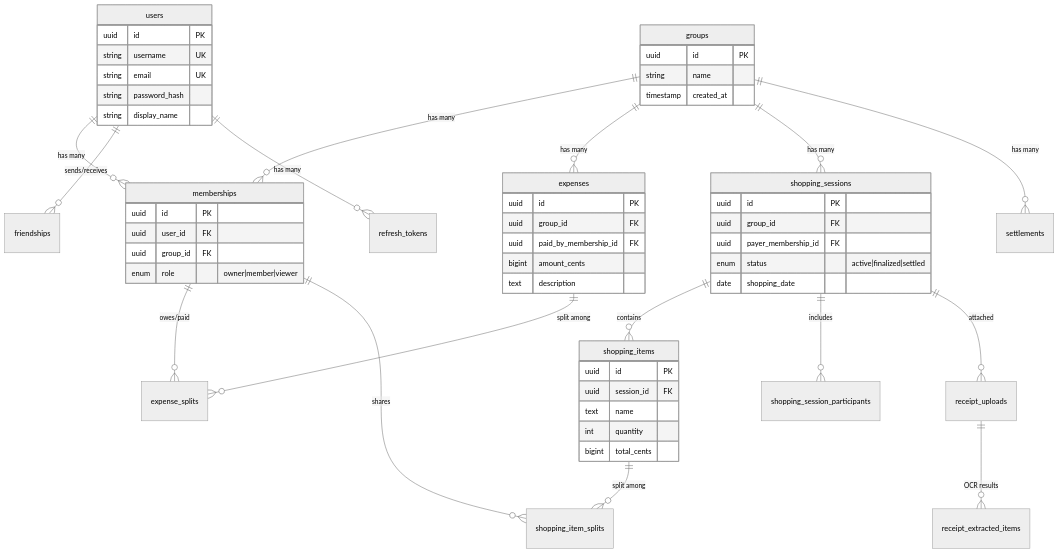
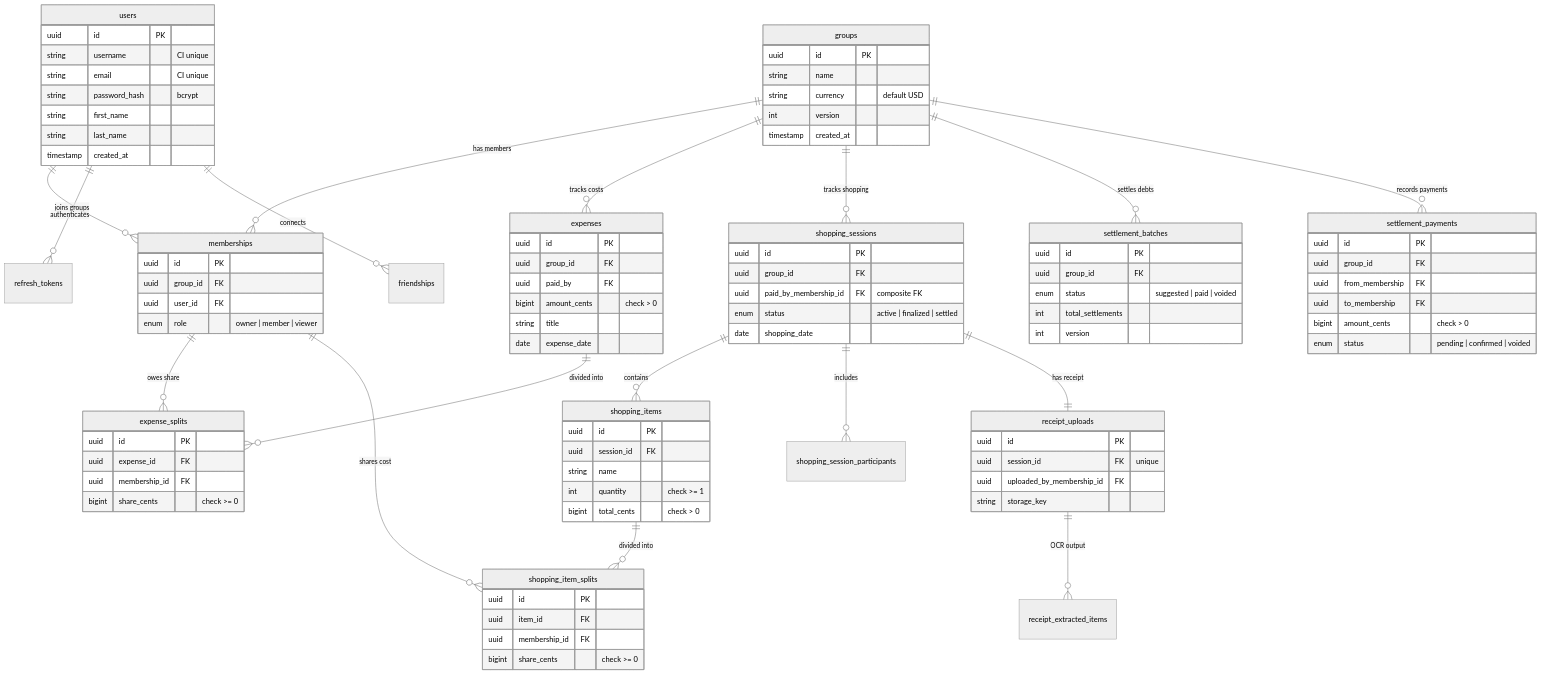
One commit to yslim-030622/ClearSplit changed the second of 3 diagrams in README.md. Above: the diagram before and after it, drawn with Mermaid (neutral theme). The commit also changed other lines of this file, not shown here.

Commit message:
docs: update README with improved diagrams

````diff
--- a/README.md
+++ b/README.md
@@ -203,58 +159,97 @@
 ```mermaid
 erDiagram
-    users ||--o{ memberships : "has many"
-    users ||--o{ friendships : "sends/receives"
-    users ||--o{ refresh_tokens : "has many"
-    groups ||--o{ memberships : "has many"
-    groups ||--o{ expenses : "has many"
-    groups ||--o{ shopping_sessions : "has many"
-    groups ||--o{ settlements : "has many"
-    expenses ||--o{ expense_splits : "split among"
+    users ||--o{ memberships : "joins groups"
+    users ||--o{ refresh_tokens : "authenticates"
+    users ||--o{ friendships : "connects"
+    groups ||--o{ memberships : "has members"
+    groups ||--o{ expenses : "tracks costs"
+    groups ||--o{ shopping_sessions : "tracks shopping"
+    groups ||--o{ settlement_batches : "settles debts"
+    groups ||--o{ settlement_payments : "records payments"
+    expenses ||--o{ expense_splits : "divided into"
+    memberships ||--o{ expense_splits : "owes share"
     shopping_sessions ||--o{ shopping_items : "contains"
     shopping_sessions ||--o{ shopping_session_participants : "includes"
-    shopping_sessions ||--o{ receipt_uploads : "attached"
-    shopping_items ||--o{ shopping_item_splits : "split among"
-    receipt_uploads ||--o{ receipt_extracted_items : "OCR results"
-    memberships ||--o{ expense_splits : "owes/paid"
-    memberships ||--o{ shopping_item_splits : "shares"
+    shopping_sessions ||--|| receipt_uploads : "has receipt"
+    shopping_items ||--o{ shopping_item_splits : "divided into"
+    memberships ||--o{ shopping_item_splits : "shares cost"
+    receipt_uploads ||--o{ receipt_extracted_items : "OCR output"
 
     users {
         uuid id PK
-        string username UK
-        string email UK
-        string password_hash
-        string display_name
+        string username "CI unique"
+        string email "CI unique"
+        string password_hash "bcrypt"
+        string first_name
+        string last_name
+        timestamp created_at
     }
     groups {
         uuid id PK
         string name
+        string currency "default USD"
+        int version
         timestamp created_at
     }
     memberships {
         uuid id PK
+        uuid group_id FK
         uuid user_id FK
-        uuid group_id FK
-        enum role "owner|member|viewer"
+        enum role "owner | member | viewer"
     }
     expenses {
         uuid id PK
         uuid group_id FK
-        uuid paid_by_membership_id FK
-        bigint amount_cents
-        text description
+        uuid paid_by FK
+        bigint amount_cents "check > 0"
+        string title
+        date expense_date
+    }
+    expense_splits {
+        uuid id PK
+        uuid expense_id FK
+        uuid membership_id FK
+        bigint share_cents "check >= 0"
     }
     shopping_sessions {
         uuid id PK
         uuid group_id FK
-        uuid payer_membership_id FK
-        enum status "active|finalized|settled"
+        uuid paid_by_membership_id FK "composite FK"
+        enum status "active | finalized | settled"
         date shopping_date
     }
     shopping_items {
         uuid id PK
         uuid session_id FK
-        text name
-        int quantity
-        bigint total_cents
+        string name
+        int quantity "check >= 1"
+        bigint total_cents "check > 0"
+    }
+    shopping_item_splits {
+        uuid id PK
+        uuid item_id FK
+        uuid membership_id FK
+        bigint share_cents "check >= 0"
+    }
+    receipt_uploads {
+        uuid id PK
+        uuid session_id FK "unique"
+        uuid uploaded_by_membership_id FK
+        string storage_key
+    }
+    settlement_batches {
+        uuid id PK
+        uuid group_id FK
+        enum status "suggested | paid | voided"
+        int total_settlements
+        int version
+    }
+    settlement_payments {
+        uuid id PK
+        uuid group_id FK
+        uuid from_membership FK
+        uuid to_membership FK
+        bigint amount_cents "check > 0"
+        enum status "pending | confirmed | voided"
     }
 ```
````
